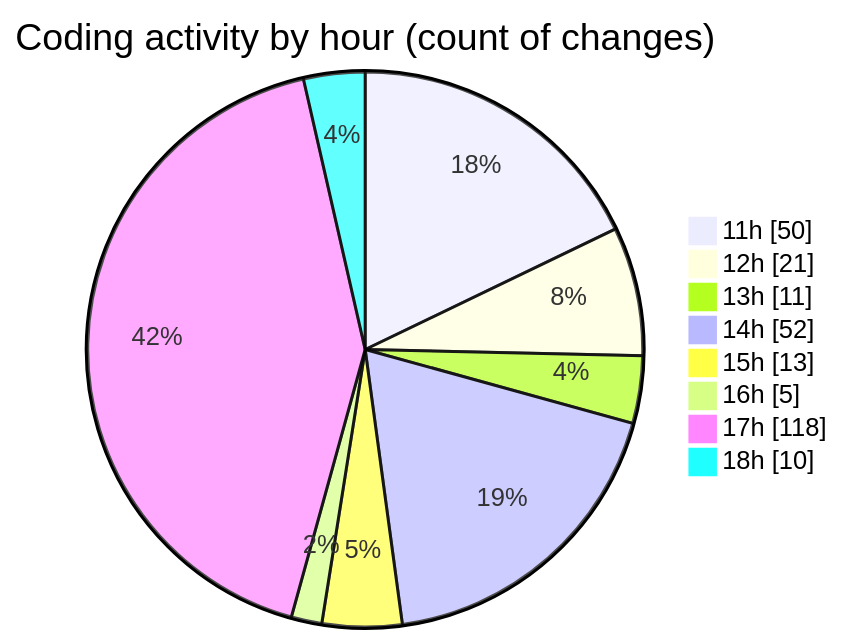
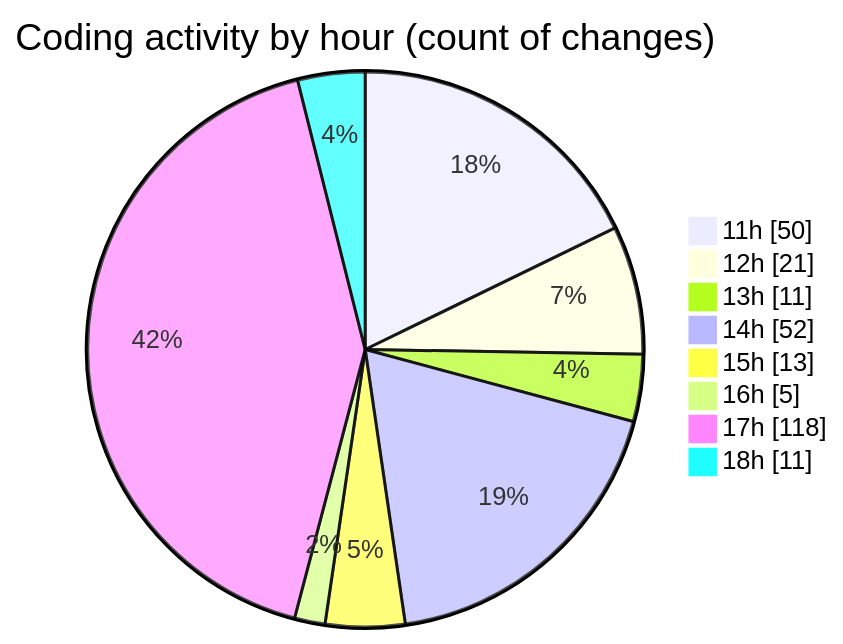
The second of 2 diagrams in 2026-02-06/singularitybrainai/README.md (tmsrecording-cyber/code-tracking), drawn with Mermaid before and after one commit. The commit also changed other lines of this file and 1 other file, not shown here.

````diff
--- a/2026-02-06/singularitybrainai/README.md
+++ b/2026-02-06/singularitybrainai/README.md
@@ -43,12 +43,12 @@
 ```mermaid
 pie showData
 title Coding activity by hour (count of changes)
 "11h" : 50
 "12h" : 21
 "13h" : 11
 "14h" : 52
 "15h" : 13
 "16h" : 5
 "17h" : 118
-"18h" : 10
+"18h" : 11
 ```
````
